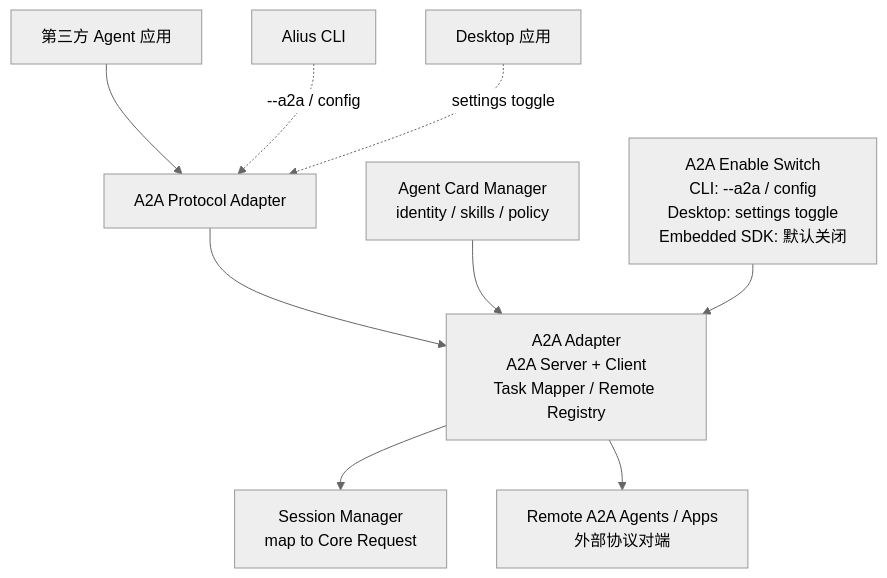
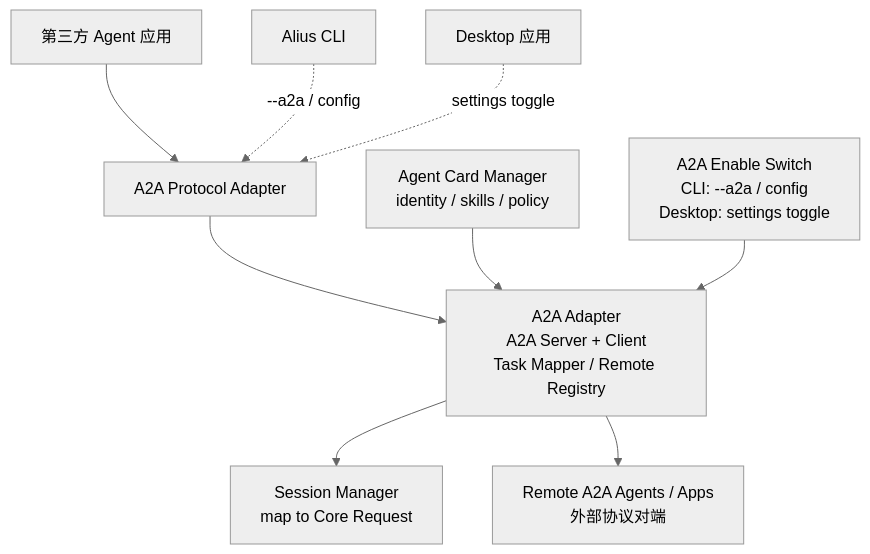
The fifth of 9 diagrams in .alius/memory/design/09-architecture-v10-implementation-reference.md (AliusTech/alius), drawn with Mermaid (neutral theme) before and after one commit. The commit also changed other lines of this file and 44 other files, not shown here.

````diff
--- a/.alius/memory/design/09-architecture-v10-implementation-reference.md
+++ b/.alius/memory/design/09-architecture-v10-implementation-reference.md
@@ -244,12 +235,12 @@
 ```mermaid
 flowchart TB
   THIRD["第三方 Agent 应用"] --> A2A_PROTO["A2A Protocol Adapter"]
   CLI["Alius CLI"] -. "--a2a / config" .-> A2A_PROTO
   DESKTOP["Desktop 应用"] -. "settings toggle" .-> A2A_PROTO
 
   A2A_PROTO --> A2A["A2A Adapter\nA2A Server + Client\nTask Mapper / Remote Registry"]
   CARD["Agent Card Manager\nidentity / skills / policy"] --> A2A
-  SWITCH["A2A Enable Switch\nCLI: --a2a / config\nDesktop: settings toggle\nEmbedded SDK: 默认关闭"] --> A2A
+  SWITCH["A2A Enable Switch\nCLI: --a2a / config\nDesktop: settings toggle"] --> A2A
   A2A --> SESSION["Session Manager\nmap to Core Request"]
   A2A --> REMOTE["Remote A2A Agents / Apps\n外部协议对端"]
 ```
````
